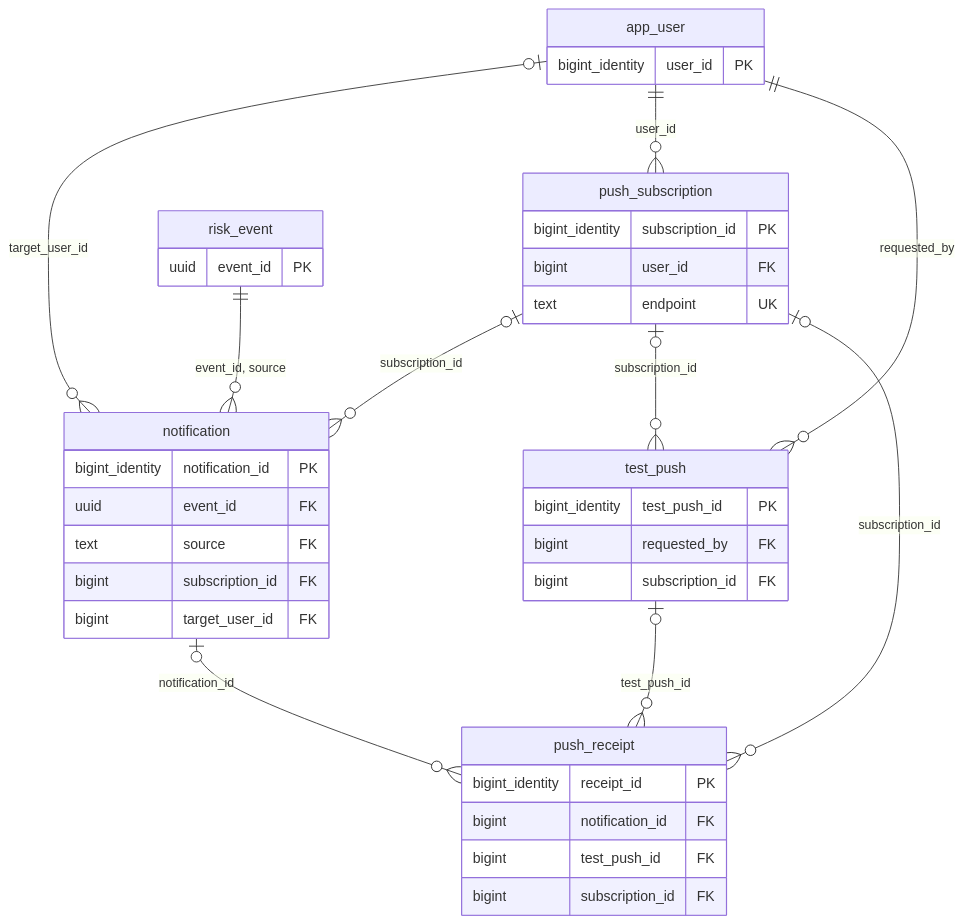
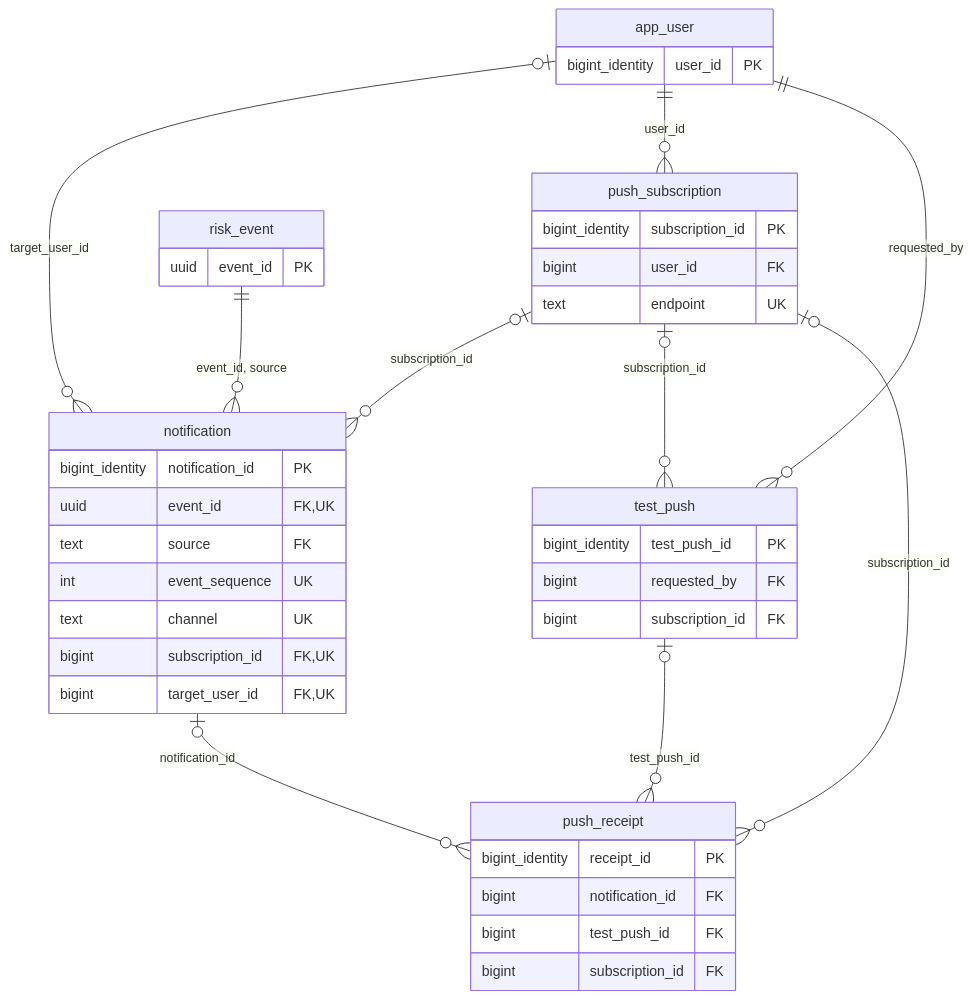
Before and after one commit to Janjonghwa/simai: the seventh of 13 diagrams in docs/design/db-erd.md, drawn with Mermaid. The commit also changed other lines of this file and 2 other files, not shown here.

Commit message:
[S15P31A101-318] DB 표 정의와 ERD 를 마이그레이션 V1~V13 에 맞춘다(새 테이블 5개 절, 컬럼·유일 키 추가, 전체 관계를 실제 51개 테이블로)

````diff
--- a/docs/design/db-erd.md
+++ b/docs/design/db-erd.md
@@ -503,41 +548,43 @@
 ```mermaid
 erDiagram
     notification {
         bigint_identity notification_id PK
-        uuid event_id FK
+        uuid event_id FK,UK
         text source FK
-        bigint subscription_id FK
-        bigint target_user_id FK
+        int event_sequence UK
+        text channel UK
+        bigint subscription_id FK,UK
+        bigint target_user_id FK,UK
     }
     push_subscription {
         bigint_identity subscription_id PK
         bigint user_id FK
         text endpoint UK
     }
     test_push {
         bigint_identity test_push_id PK
         bigint requested_by FK
         bigint subscription_id FK
     }
     push_receipt {
         bigint_identity receipt_id PK
         bigint notification_id FK
         bigint test_push_id FK
         bigint subscription_id FK
     }
     app_user {
         bigint_identity user_id PK
     }
     risk_event {
         uuid event_id PK
     }
     risk_event ||--o{ notification : "event_id, source"
     push_subscription |o--o{ notification : "subscription_id"
     app_user |o--o{ notification : "target_user_id"
     app_user ||--o{ push_subscription : "user_id"
     app_user ||--o{ test_push : "requested_by"
     push_subscription |o--o{ test_push : "subscription_id"
     notification |o--o{ push_receipt : "notification_id"
     test_push |o--o{ push_receipt : "test_push_id"
     push_subscription |o--o{ push_receipt : "subscription_id"
 ```
````
